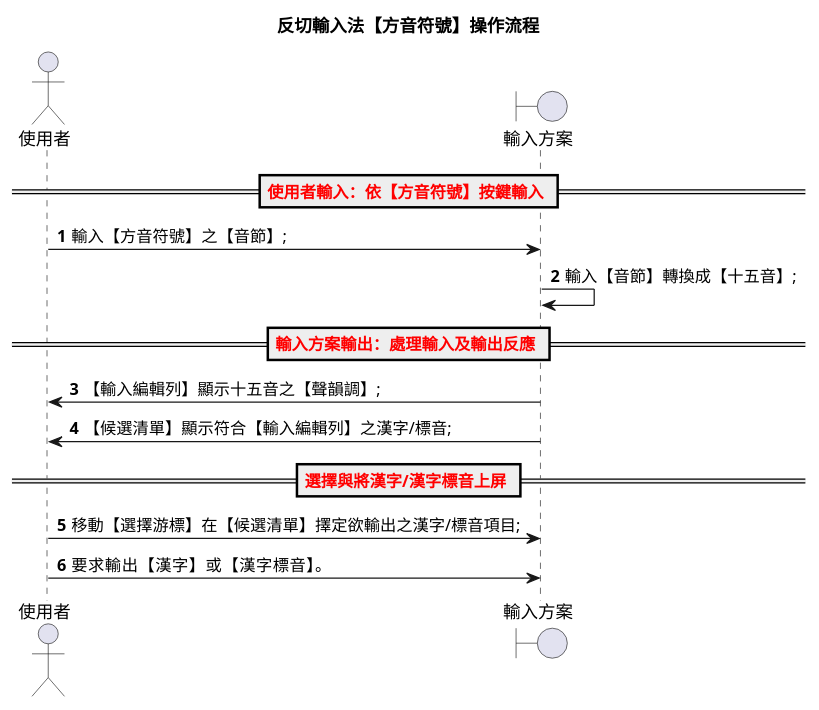
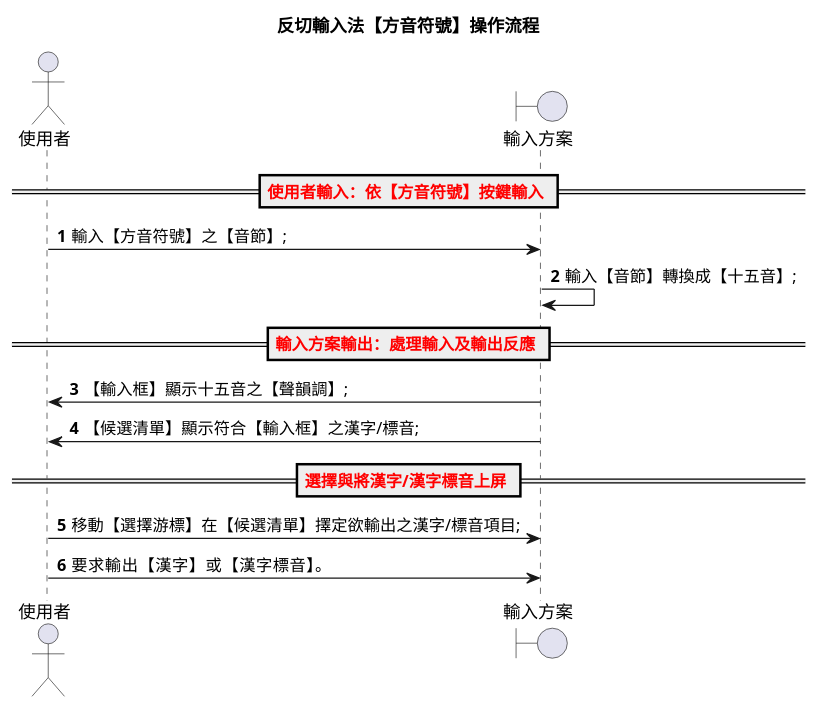
One commit to AlanJui/rime-tlpa changed the first of 12 diagrams in docs/320_反切輸入法【方音符號】設計規格.md. Above: the diagram before and after it, drawn with PlantUML. The commit also changed other lines of this file and 16 other files, not shown here.

````diff
--- a/docs/320_反切輸入法【方音符號】設計規格.md
+++ b/docs/320_反切輸入法【方音符號】設計規格.md
@@ -68,19 +68,19 @@
 ```plantuml
 @startuml
 title 反切輸入法【方音符號】操作流程
 actor 使用者 as user
 boundary 輸入方案 as ime
 autonumber
 
 == <font color=red>使用者輸入：依【方音符號】按鍵輸入 ==
 user -> ime : 輸入【方音符號】之【音節】;
 ime -> ime : 輸入【音節】轉換成【十五音】;
 == <font color=red>輸入方案輸出：處理輸入及輸出反應 ==
-ime -> user :【輸入編輯列】顯示十五音之【聲韻調】;
-ime -> user :【候選清單】顯示符合【輸入編輯列】之漢字/標音;
+ime -> user :【輸入框】顯示十五音之【聲韻調】;
+ime -> user :【候選清單】顯示符合【輸入框】之漢字/標音;
 == <font color=red>選擇與將漢字/漢字標音上屏 ==
 user -> ime :移動【選擇游標】在【候選清單】擇定欲輸出之漢字/標音項目;
 user -> ime :要求輸出【漢字】或【漢字標音】。
 
 @enduml
 ```
````
